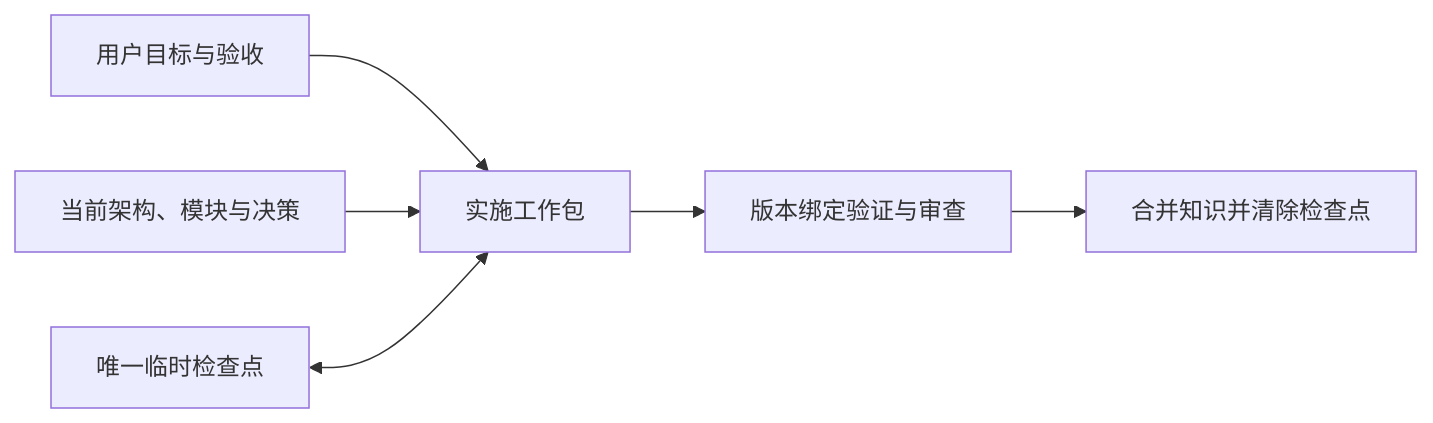
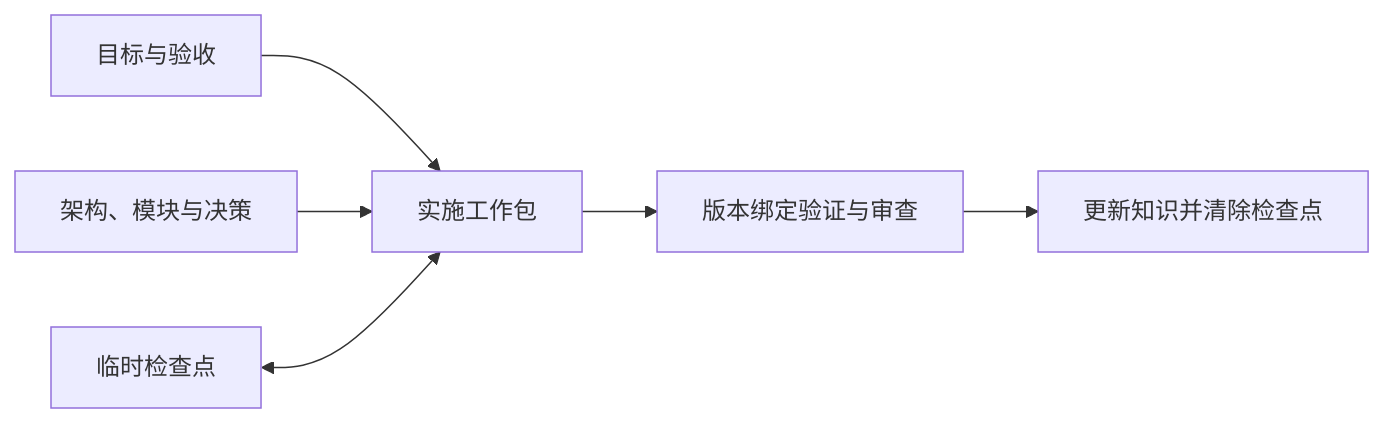
The diagram in README.md (J-ChenX/longtask), drawn with Mermaid before and after one commit. The commit also changed other lines of this file and 38 other files, not shown here.

````diff
--- a/README.md
+++ b/README.md
@@ -64,8 +72,8 @@
 ```mermaid
 flowchart LR
-    Goal["用户目标与验收"] --> Work["实施工作包"]
-    Knowledge["当前架构、模块与决策"] --> Work
-    Checkpoint["唯一临时检查点"] <--> Work
+    Goal["目标与验收"] --> Work["实施工作包"]
+    Knowledge["架构、模块与决策"] --> Work
+    Checkpoint["临时检查点"] <--> Work
     Work --> Evidence["版本绑定验证与审查"]
-    Evidence --> Finish["合并知识并清除检查点"]
+    Evidence --> Finish["更新知识并清除检查点"]
 ```
````
